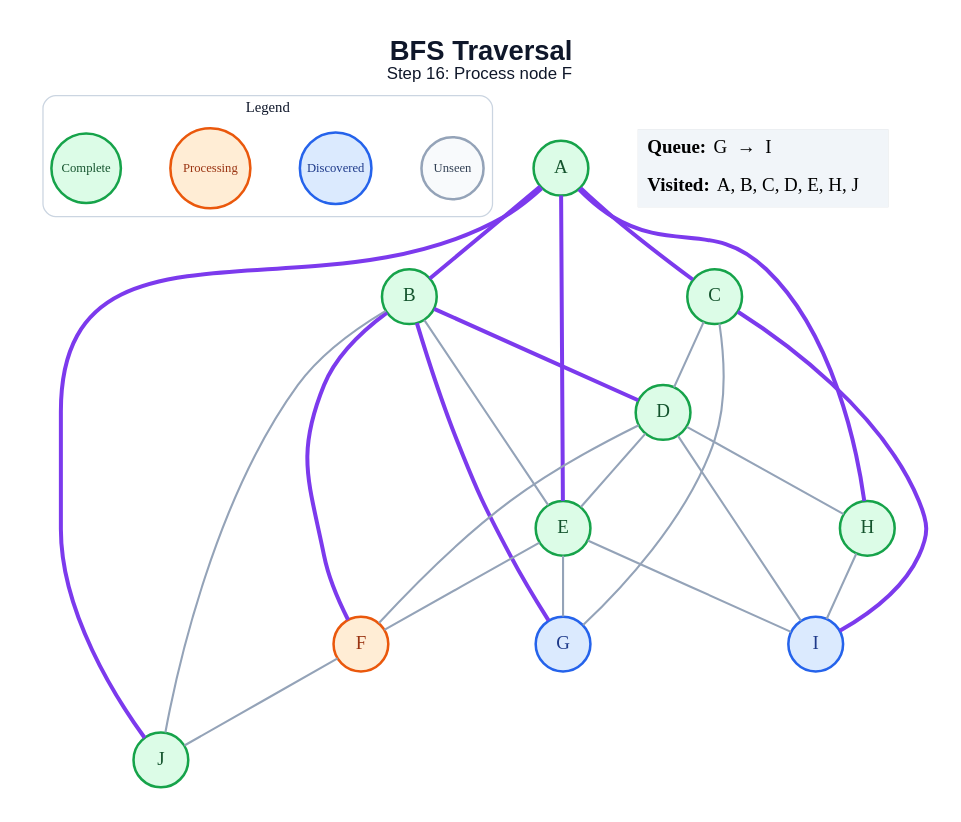
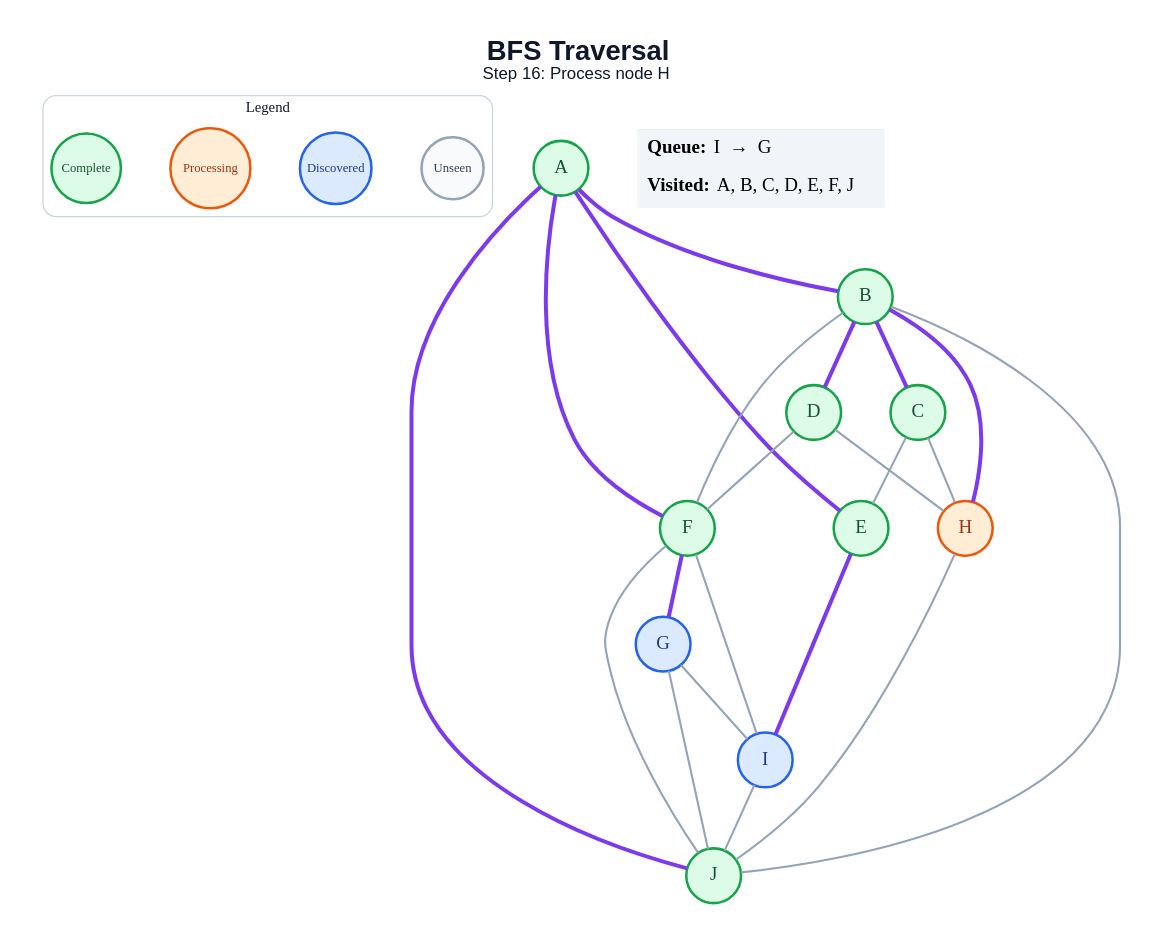
Before and after one commit to amanghodawala9/ai-slop: the diagram in generated/bfs/step_16.dot, drawn with Graphviz. The commit also changed 178 other files, not shown here.

```diff
--- a/generated/bfs/step_16.dot
+++ b/generated/bfs/step_16.dot
@@ -1,51 +1,50 @@
 graph traversal {
   graph [layout=dot, rankdir=TB, bgcolor="#FFFFFF", pad="0.35", nodesep="0.65", ranksep="0.8", fontname="Arial"];
   node [shape=circle, style="filled", fontname="Arial Bold", fontsize=18, width=0.72, fixedsize=true, penwidth=2.4];
   edge [color="#94A3B8", penwidth=2.0];
-  label=<<B>BFS Traversal</B><BR/><FONT POINT-SIZE="16">Step 16: Process node F</FONT>>; labelloc="t"; fontsize=26; fontname="Arial"; fontcolor="#0F172A";
+  label=<<B>BFS Traversal</B><BR/><FONT POINT-SIZE="16">Step 16: Process node H</FONT>>; labelloc="t"; fontsize=26; fontname="Arial"; fontcolor="#0F172A";
   subgraph cluster_legend { label="Legend"; color="#CBD5E1"; penwidth=1.2; style="rounded"; fontsize=14; fontname="Arial Bold";
     key_unseen [label="Unseen", fillcolor="#F8FAFC", color="#94A3B8", fontcolor="#334155", fontsize=12, width=0.82];
     key_frontier [label="Discovered", fillcolor="#DBEAFE", color="#2563EB", fontcolor="#1E3A8A", fontsize=12, width=0.95];
     key_current [label="Processing", fillcolor="#FFEDD5", color="#EA580C", fontcolor="#9A3412", fontsize=12, width=1.05];
     key_done [label="Complete", fillcolor="#DCFCE7", color="#16A34A", fontcolor="#14532D", fontsize=12, width=0.92];
     { rank=same; key_unseen; key_frontier; key_current; key_done; }
   }
   A [fillcolor="#DCFCE7", color="#16A34A", fontcolor="#14532D"];
   B [fillcolor="#DCFCE7", color="#16A34A", fontcolor="#14532D"];
   C [fillcolor="#DCFCE7", color="#16A34A", fontcolor="#14532D"];
   D [fillcolor="#DCFCE7", color="#16A34A", fontcolor="#14532D"];
   E [fillcolor="#DCFCE7", color="#16A34A", fontcolor="#14532D"];
-  F [fillcolor="#FFEDD5", color="#EA580C", fontcolor="#9A3412"];
+  F [fillcolor="#DCFCE7", color="#16A34A", fontcolor="#14532D"];
   G [fillcolor="#DBEAFE", color="#2563EB", fontcolor="#1E3A8A"];
-  H [fillcolor="#DCFCE7", color="#16A34A", fontcolor="#14532D"];
+  H [fillcolor="#FFEDD5", color="#EA580C", fontcolor="#9A3412"];
   I [fillcolor="#DBEAFE", color="#2563EB", fontcolor="#1E3A8A"];
   J [fillcolor="#DCFCE7", color="#16A34A", fontcolor="#14532D"];
   A -- B [color="#7C3AED", penwidth=3.8];
-  A -- C [color="#7C3AED", penwidth=3.8];
   A -- E [color="#7C3AED", penwidth=3.8];
-  A -- H [color="#7C3AED", penwidth=3.8];
+  A -- F [color="#7C3AED", penwidth=3.8];
   A -- J [color="#7C3AED", penwidth=3.8];
+  B -- C [color="#7C3AED", penwidth=3.8];
   B -- D [color="#7C3AED", penwidth=3.8];
-  B -- E;
-  B -- F [color="#7C3AED", penwidth=3.8];
-  B -- G [color="#7C3AED", penwidth=3.8];
+  B -- F;
+  B -- H [color="#7C3AED", penwidth=3.8];
   B -- J;
-  C -- D;
-  C -- G;
-  C -- I [color="#7C3AED", penwidth=3.8];
-  D -- E;
+  C -- E;
+  C -- H;
   D -- F;
   D -- H;
-  D -- I;
-  E -- F;
-  E -- G;
-  E -- I;
+  E -- I [color="#7C3AED", penwidth=3.8];
+  F -- G [color="#7C3AED", penwidth=3.8];
+  F -- I;
   F -- J;
-  H -- I;
+  G -- I;
+  G -- J;
+  H -- J;
+  I -- J;
   status [shape=plain, fixedsize=false, width=0, height=0, margin=0, label=<
     <TABLE BORDER="0" CELLBORDER="0" CELLPADDING="7" BGCOLOR="#F1F5F9">
-      <TR><TD ALIGN="LEFT"><B>Queue:</B> G  →  I</TD></TR>
-      <TR><TD ALIGN="LEFT"><B>Visited:</B> A, B, C, D, E, H, J</TD></TR>
+      <TR><TD ALIGN="LEFT"><B>Queue:</B> I  →  G</TD></TR>
+      <TR><TD ALIGN="LEFT"><B>Visited:</B> A, B, C, D, E, F, J</TD></TR>
     </TABLE>
   >];
 }
```
